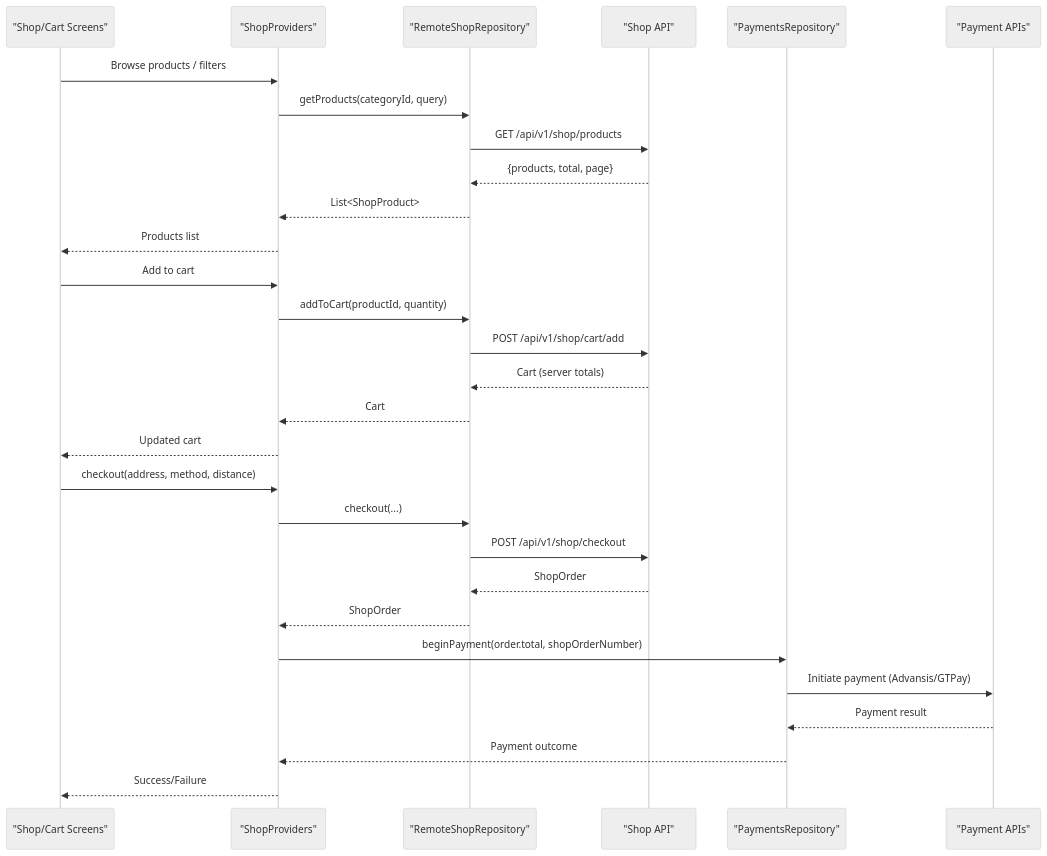
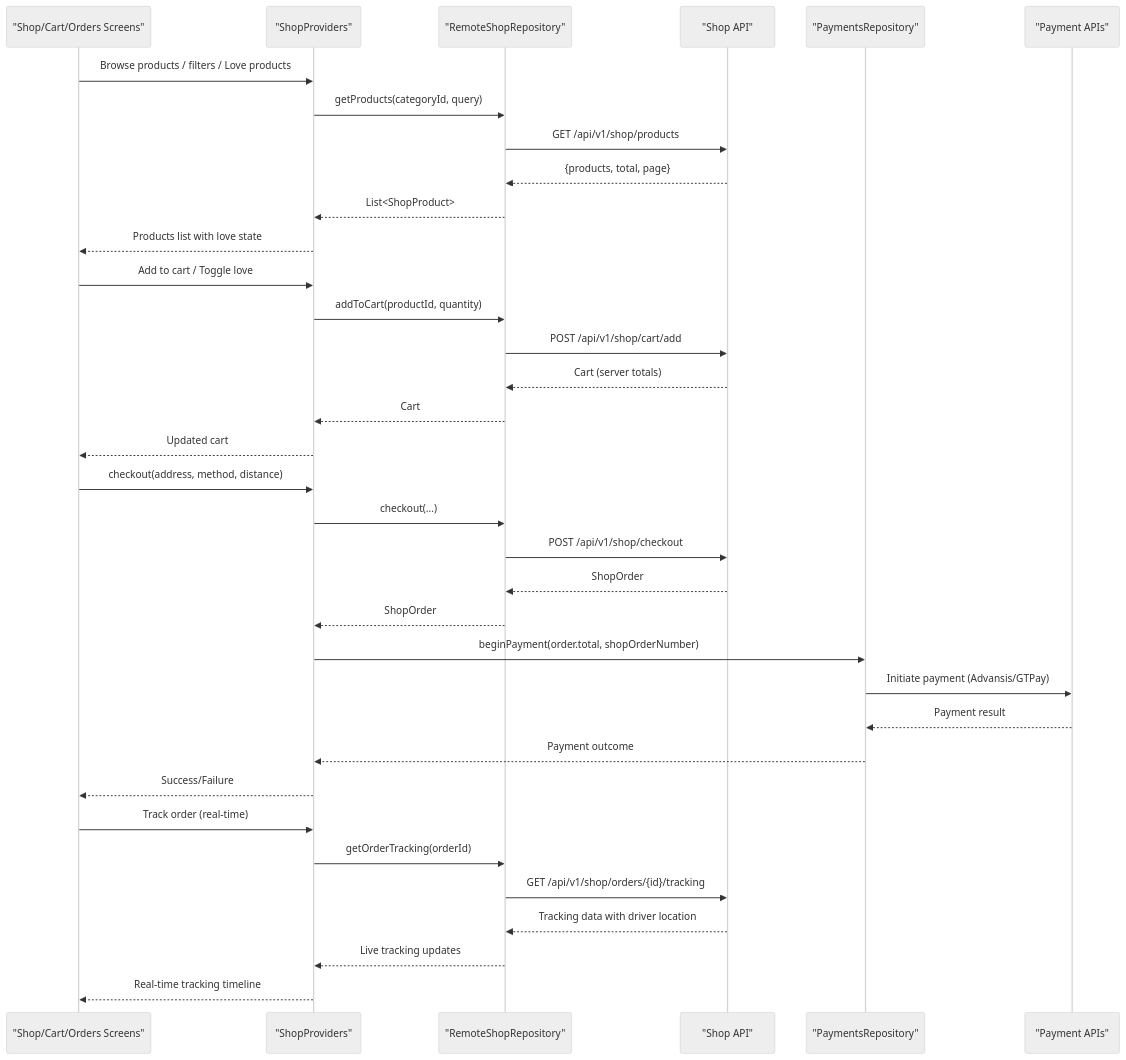
The second of 3 diagrams in .qoder/repowiki/en/content/E-commerce Platform/E-commerce Platform.md (Advanstech/Lidapay-shop), drawn with Mermaid (neutral theme) before and after one commit. The commit also changed other lines of this file and 174 other files, not shown here.

````diff
--- a/.qoder/repowiki/en/content/E-commerce Platform/E-commerce Platform.md
+++ b/.qoder/repowiki/en/content/E-commerce Platform/E-commerce Platform.md
@@ -126,31 +153,37 @@
 ```mermaid
 sequenceDiagram
-participant UI as "Shop/Cart Screens"
+participant UI as "Shop/Cart/Orders Screens"
 participant Provider as "ShopProviders"
 participant Repo as "RemoteShopRepository"
 participant API as "Shop API"
 participant PayRepo as "PaymentsRepository"
 participant PayAPI as "Payment APIs"
-UI->>Provider : Browse products / filters
+UI->>Provider : Browse products / filters / Love products
 Provider->>Repo : getProducts(categoryId, query)
 Repo->>API : GET /api/v1/shop/products
 API-->>Repo : {products, total, page}
 Repo-->>Provider : List<ShopProduct>
-Provider-->>UI : Products list
-UI->>Provider : Add to cart
+Provider-->>UI : Products list with love state
+UI->>Provider : Add to cart / Toggle love
 Provider->>Repo : addToCart(productId, quantity)
 Repo->>API : POST /api/v1/shop/cart/add
 API-->>Repo : Cart (server totals)
 Repo-->>Provider : Cart
 Provider-->>UI : Updated cart
 UI->>Provider : checkout(address, method, distance)
 Provider->>Repo : checkout(...)
 Repo->>API : POST /api/v1/shop/checkout
 API-->>Repo : ShopOrder
 Repo-->>Provider : ShopOrder
 Provider->>PayRepo : beginPayment(order.total, shopOrderNumber)
 PayRepo->>PayAPI : Initiate payment (Advansis/GTPay)
 PayAPI-->>PayRepo : Payment result
 PayRepo-->>Provider : Payment outcome
 Provider-->>UI : Success/Failure
+UI->>Provider : Track order (real-time)
+Provider->>Repo : getOrderTracking(orderId)
+Repo->>API : GET /api/v1/shop/orders/{id}/tracking
+API-->>Repo : Tracking data with driver location
+Repo-->>Provider : Live tracking updates
+Provider-->>UI : Real-time tracking timeline
 ```
````
